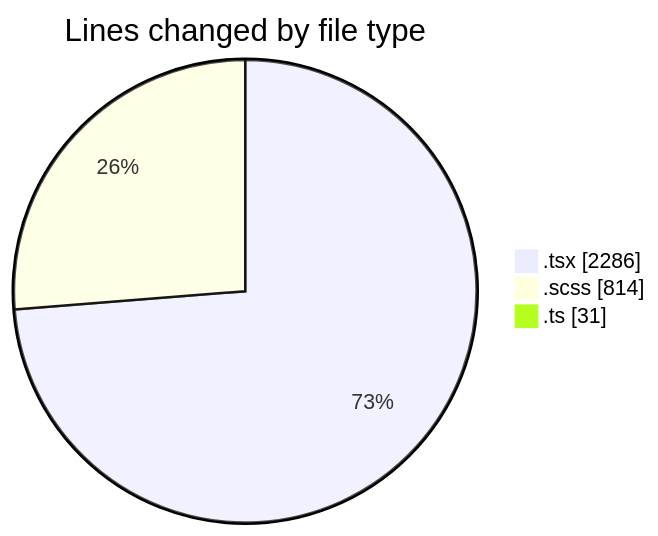
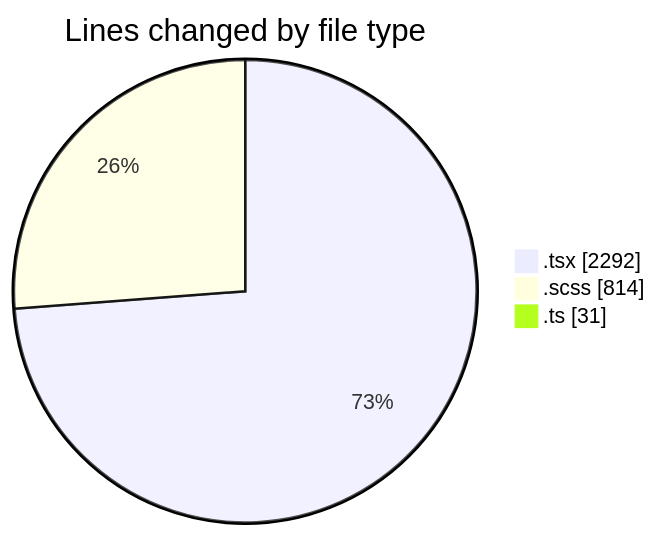
Before and after one commit to momahboobian/code-tracking: the first of 2 diagrams in 2025-04-07/cda/README.md, drawn with Mermaid. The commit also changed other lines of this file and 1 other file, not shown here.

````diff
--- a/2025-04-07/cda/README.md
+++ b/2025-04-07/cda/README.md
@@ -32,7 +32,7 @@
 ```mermaid
 pie showData
 title Lines changed by file type
-".tsx" : 2286
+".tsx" : 2292
 ".scss" : 814
 ".ts" : 31
 ```
````
